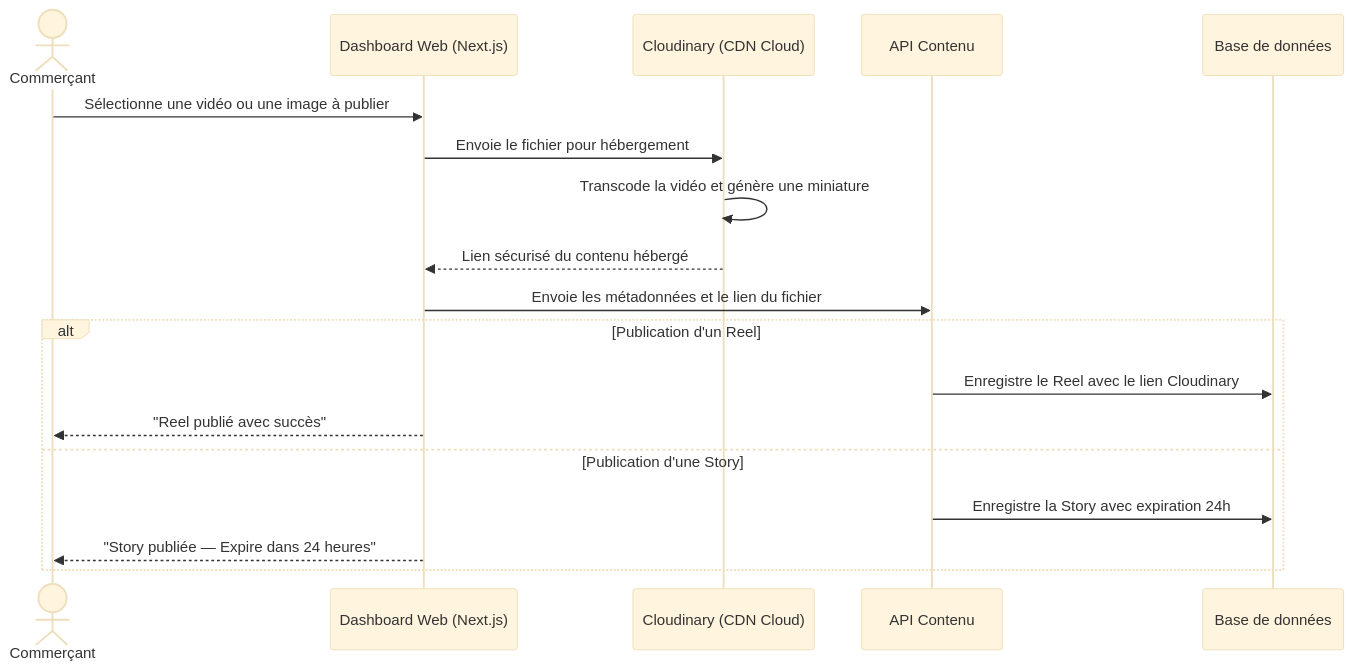
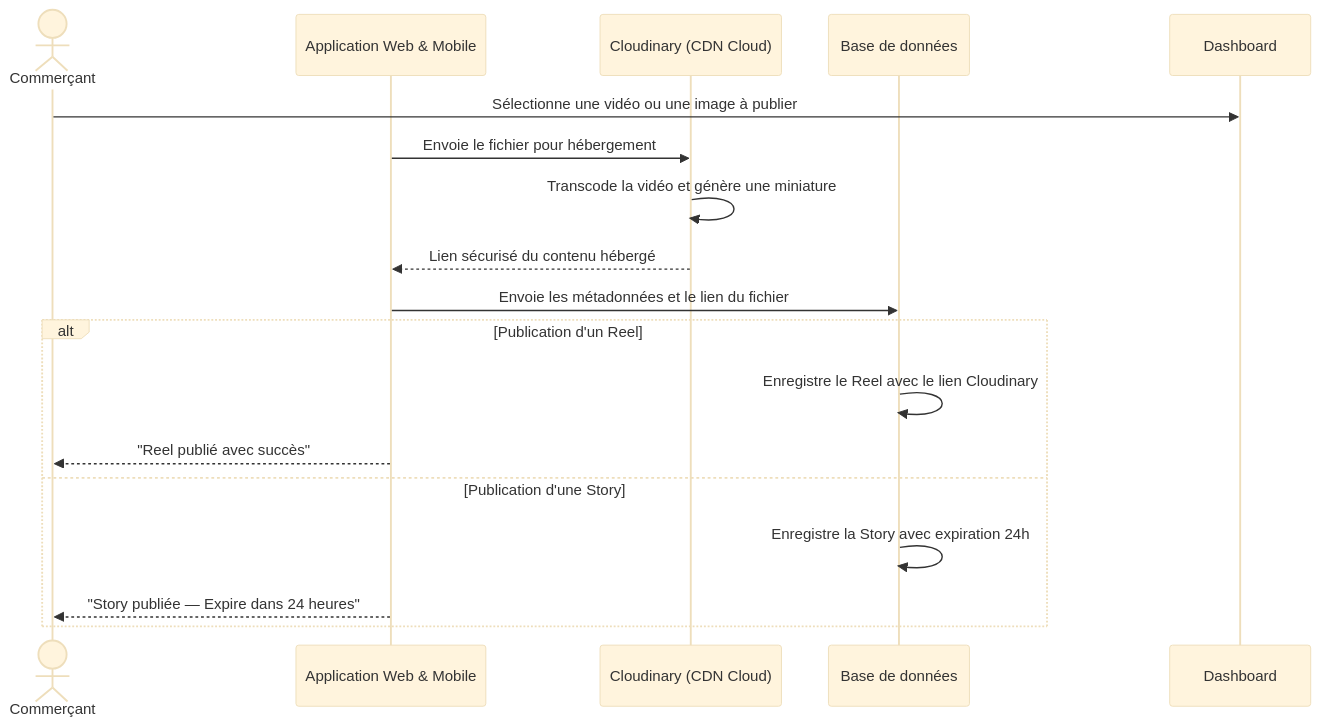
Diagram 18 of 22 in CHAPITRE3_CONCEPTION.md (Abderrahmen1111/private-PFE-repos), drawn with Mermaid (base theme) before and after one commit. The commit also changed other lines of this file and 2 other files, not shown here.

Commit message:
docs: adapt sequence diagrams to Web/Mobile apps and Django SaaS Admin

````diff
--- a/CHAPITRE3_CONCEPTION.md
+++ b/CHAPITRE3_CONCEPTION.md
@@ -920,21 +922,21 @@
 ```mermaid
 sequenceDiagram
     actor Commerçant
-    participant Dashboard as Dashboard Web (Next.js)
+    participant App as Application Web & Mobile
     participant Cloudinary as Cloudinary (CDN Cloud)
-    participant Serveur as API Contenu
+    participant BD as Base de données (Supabase)
     participant BD as Base de données
 
     Commerçant->>Dashboard: Sélectionne une vidéo ou une image à publier
-    Dashboard->>Cloudinary: Envoie le fichier pour hébergement
+    App->>Cloudinary: Envoie le fichier pour hébergement
     Cloudinary->>Cloudinary: Transcode la vidéo et génère une miniature
-    Cloudinary-->>Dashboard: Lien sécurisé du contenu hébergé
-    Dashboard->>Serveur: Envoie les métadonnées et le lien du fichier
+    Cloudinary-->>App: Lien sécurisé du contenu hébergé
+    App->>BD: Envoie les métadonnées et le lien du fichier
     alt Publication d'un Reel
-        Serveur->>BD: Enregistre le Reel avec le lien Cloudinary
-        Dashboard-->>Commerçant: "Reel publié avec succès"
+        BD->>BD: Enregistre le Reel avec le lien Cloudinary
+        App-->>Commerçant: "Reel publié avec succès"
     else Publication d'une Story
-        Serveur->>BD: Enregistre la Story avec expiration 24h
-        Dashboard-->>Commerçant: "Story publiée — Expire dans 24 heures"
+        BD->>BD: Enregistre la Story avec expiration 24h
+        App-->>Commerçant: "Story publiée — Expire dans 24 heures"
     end
 ```
````
